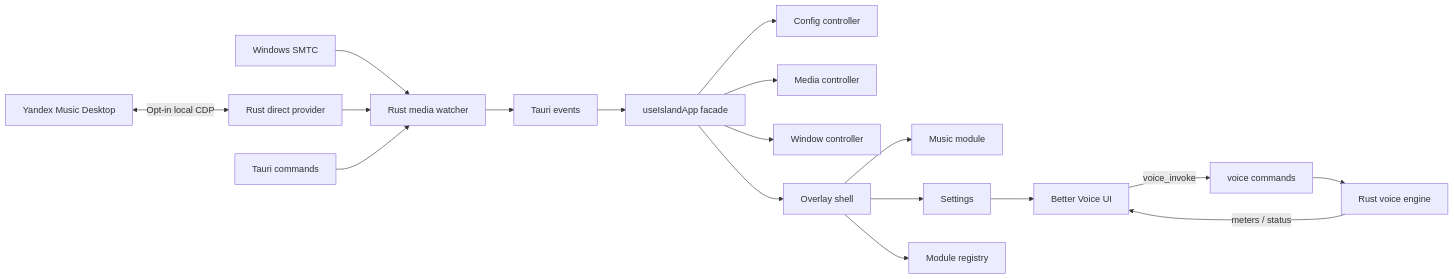
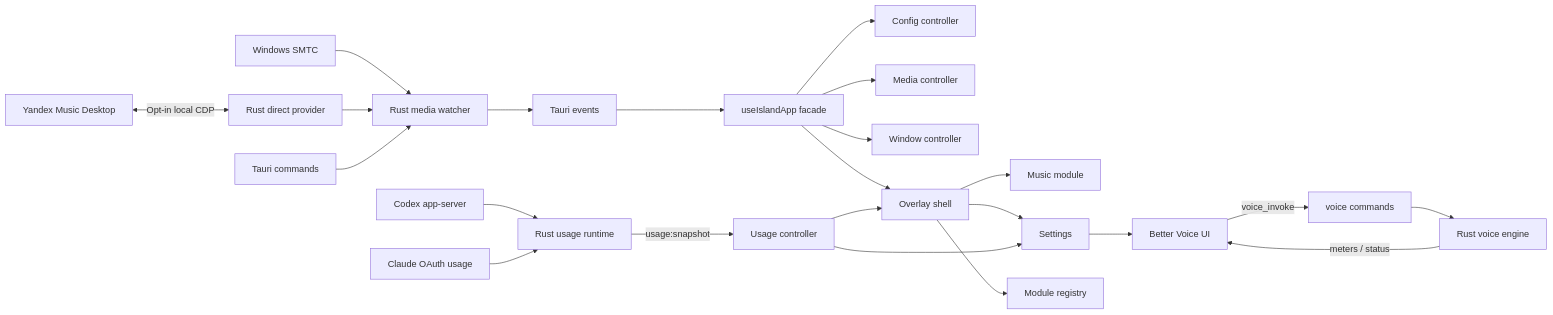
The diagram in docs/ARCHITECTURE.md (redheadesign/music-island), drawn with Mermaid before and after one commit. The commit also changed other lines of this file and 217 other files, not shown here.

````diff
--- a/docs/ARCHITECTURE.md
+++ b/docs/ARCHITECTURE.md
@@ -5,20 +5,25 @@
 ```mermaid
 flowchart LR
   SMTC[Windows SMTC] --> MediaWatcher[Rust media watcher]
   Yandex[Yandex Music Desktop] <-->|Opt-in local CDP| DirectProvider[Rust direct provider]
   DirectProvider --> MediaWatcher
   MediaWatcher --> Events[Tauri events]
   Commands[Tauri commands] --> MediaWatcher
   Events --> AppFacade[useIslandApp facade]
   AppFacade --> ConfigController[Config controller]
   AppFacade --> MediaController[Media controller]
   AppFacade --> WindowController[Window controller]
   AppFacade --> Overlay[Overlay shell]
   Overlay --> Music[Music module]
   Overlay --> Settings[Settings]
   Settings --> BetterVoice[Better Voice UI]
   Overlay --> Registry[Module registry]
   BetterVoice -->|voice_invoke| VoiceCmds[voice commands]
   VoiceCmds --> VoiceEngine[Rust voice engine]
   VoiceEngine -->|meters / status| BetterVoice
+  Codex[Codex app-server] --> UsageRuntime[Rust usage runtime]
+  Claude[Claude OAuth usage] --> UsageRuntime
+  UsageRuntime -->|usage:snapshot| UsageController[Usage controller]
+  UsageController --> Overlay
+  UsageController --> Settings
 ```
````
